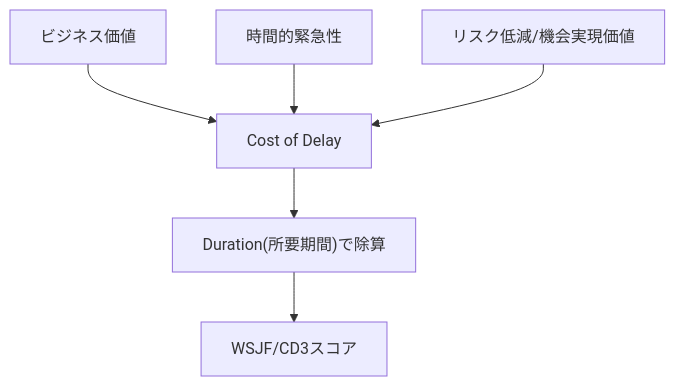
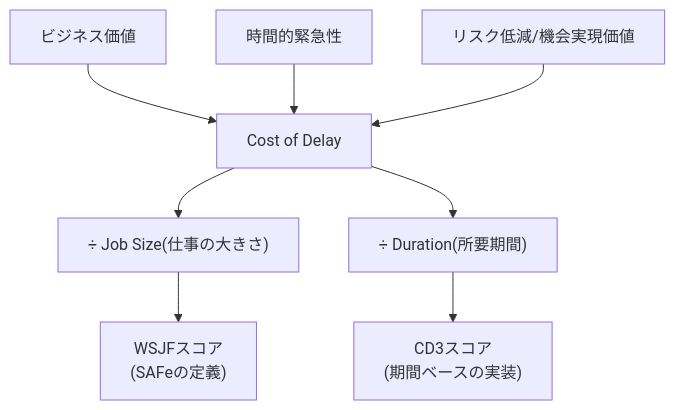
Before and after one commit to myoshi2891/Management-Team-Building-Studies: diagram 16 of 19 in Csp-po-certified-scrum-professional-product-owner-study-guide.md, drawn with Mermaid. The commit also changed other lines of this file, not shown here.

First line of the commit message:
docs(csp-po): WSJF/CD3計算式・更新ルート・参考文献構成を修正

````diff
--- a/Csp-po-certified-scrum-professional-product-owner-study-guide.md
+++ b/Csp-po-certified-scrum-professional-product-owner-study-guide.md
@@ -1003,8 +1034,10 @@
 ```mermaid
 flowchart TD
     A["ビジネス価値"] --> D["Cost of Delay"]
     B["時間的緊急性"] --> D
     C["リスク低減/機会実現価値"] --> D
-    D --> E["Duration(所要期間)で除算"]
-    E --> F["WSJF/CD3スコア"]
+    D --> W["÷ Job Size(仕事の大きさ)"]
+    D --> E["÷ Duration(所要期間)"]
+    W --> WS["WSJFスコア<br/>(SAFeの定義)"]
+    E --> F["CD3スコア<br/>(期間ベースの実装)"]
 ```
````
